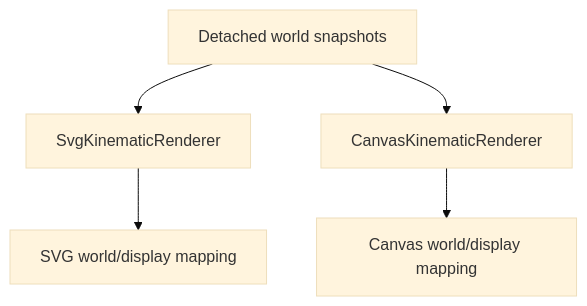
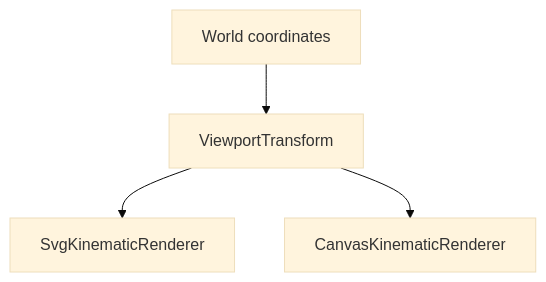
Before and after one commit to fa-ribeiro/vLab2D: diagram 16 of 17 in docs/architecture/README.md, drawn with Mermaid (base theme). The commit also changed other lines of this file and 8 other files, not shown here.

Commit message:
refactor(visualization): share viewport transform

````diff
--- a/docs/architecture/README.md
+++ b/docs/architecture/README.md
@@ -850,16 +877,14 @@
 ```mermaid
 flowchart TD
-    SNAP["Detached world snapshots"]
+    WORLD["World coordinates"]
+
+    TRANSFORM["ViewportTransform"]
 
     SVG["SvgKinematicRenderer"]
     CANVAS["CanvasKinematicRenderer"]
 
-    SVGTRANS["SVG world/display mapping"]
-    CANVASTRANS["Canvas world/display mapping"]
+    WORLD --> TRANSFORM
 
-    SNAP --> SVG
-    SNAP --> CANVAS
-
-    SVG --> SVGTRANS
-    CANVAS --> CANVASTRANS
+    TRANSFORM --> SVG
+    TRANSFORM --> CANVAS
 ```
````
